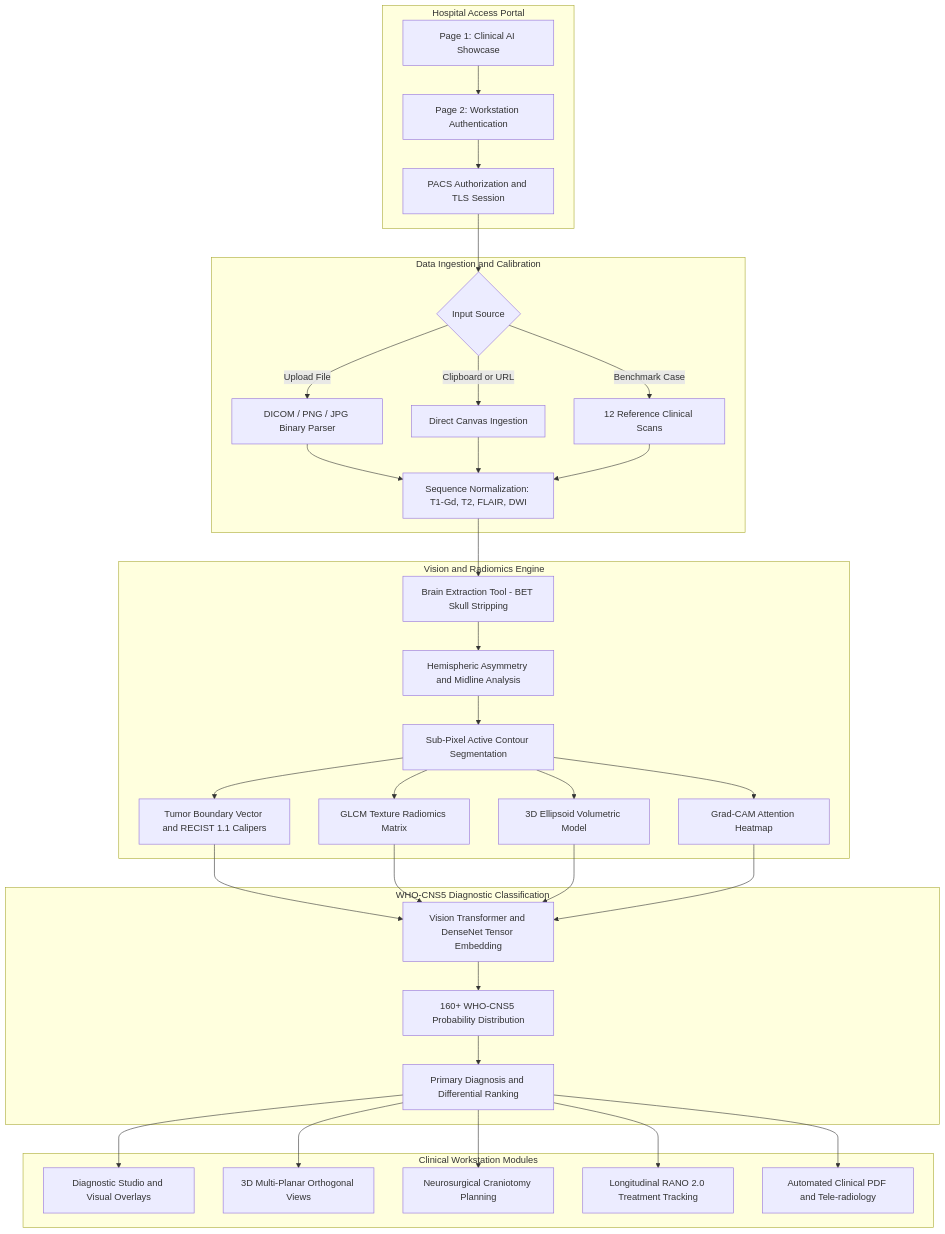
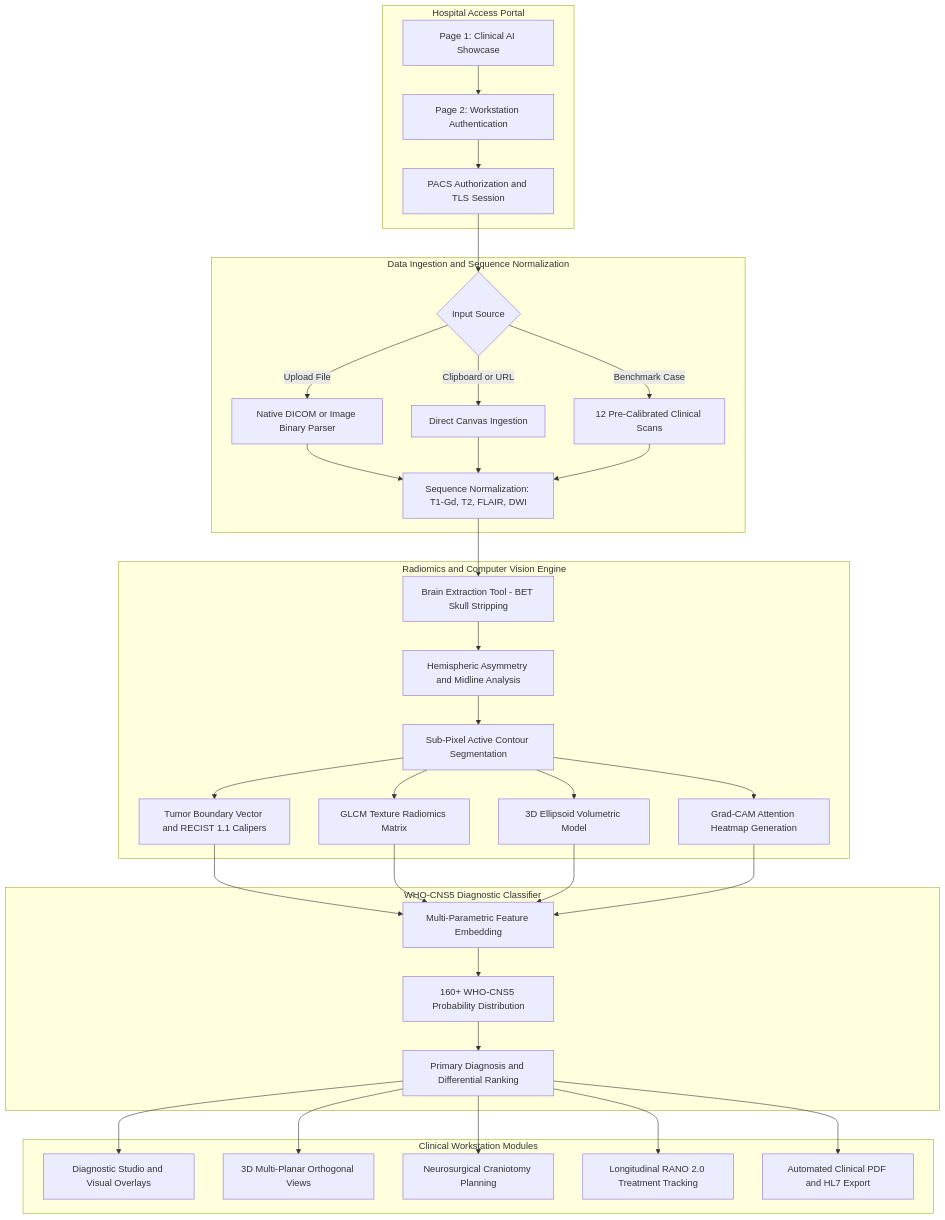
The first of 6 diagrams in README.md (kailash6207/Brain_Tumor), drawn with Mermaid before and after one commit. The commit also changed other lines of this file, not shown here.

Commit message:
docs: overhaul and tune README with visual showcase, 6 Mermaid diagrams, 8-suite breakdown, and mathematical formulations

````diff
--- a/README.md
+++ b/README.md
@@ -34,44 +130,44 @@
 ```mermaid
 flowchart TD
     subgraph Portal [Hospital Access Portal]
         P1[Page 1: Clinical AI Showcase] --> P2[Page 2: Workstation Authentication]
         P2 --> AUTH[PACS Authorization and TLS Session]
     end
 
-    subgraph Ingestion [Data Ingestion and Calibration]
+    subgraph Ingestion [Data Ingestion and Sequence Normalization]
         AUTH --> INGEST{Input Source}
-        INGEST -->|Upload File| DCM[DICOM / PNG / JPG Binary Parser]
+        INGEST -->|Upload File| DCM[Native DICOM or Image Binary Parser]
         INGEST -->|Clipboard or URL| CLIP[Direct Canvas Ingestion]
-        INGEST -->|Benchmark Case| BENCH[12 Reference Clinical Scans]
+        INGEST -->|Benchmark Case| BENCH[12 Pre-Calibrated Clinical Scans]
         DCM --> SEQ_NORM[Sequence Normalization: T1-Gd, T2, FLAIR, DWI]
         CLIP --> SEQ_NORM
         BENCH --> SEQ_NORM
     end
 
-    subgraph VisionEngine [Vision and Radiomics Engine]
+    subgraph VisionEngine [Radiomics and Computer Vision Engine]
         SEQ_NORM --> BET[Brain Extraction Tool - BET Skull Stripping]
         BET --> ASYM[Hemispheric Asymmetry and Midline Analysis]
         ASYM --> SEG[Sub-Pixel Active Contour Segmentation]
         SEG --> BOUNDS[Tumor Boundary Vector and RECIST 1.1 Calipers]
         SEG --> GLCM[GLCM Texture Radiomics Matrix]
         SEG --> VOL[3D Ellipsoid Volumetric Model]
-        SEG --> GRAD[Grad-CAM Attention Heatmap]
+        SEG --> GRAD[Grad-CAM Attention Heatmap Generation]
     end
 
-    subgraph AI_Classifier [WHO-CNS5 Diagnostic Classification]
-        BOUNDS --> TENSOR[Vision Transformer and DenseNet Tensor Embedding]
+    subgraph AI_Classifier [WHO-CNS5 Diagnostic Classifier]
+        BOUNDS --> TENSOR[Multi-Parametric Feature Embedding]
         GLCM --> TENSOR
         VOL --> TENSOR
         GRAD --> TENSOR
         TENSOR --> SOFTMAX[160+ WHO-CNS5 Probability Distribution]
         SOFTMAX --> TOP_DIAG[Primary Diagnosis and Differential Ranking]
     end
 
     subgraph Downstream [Clinical Workstation Modules]
         TOP_DIAG --> STUDIO[Diagnostic Studio and Visual Overlays]
         TOP_DIAG --> MPR[3D Multi-Planar Orthogonal Views]
         TOP_DIAG --> SURG[Neurosurgical Craniotomy Planning]
         TOP_DIAG --> RANO[Longitudinal RANO 2.0 Treatment Tracking]
-        TOP_DIAG --> REPORT[Automated Clinical PDF and Tele-radiology]
+        TOP_DIAG --> REPORT[Automated Clinical PDF and HL7 Export]
     end
 ```
````
